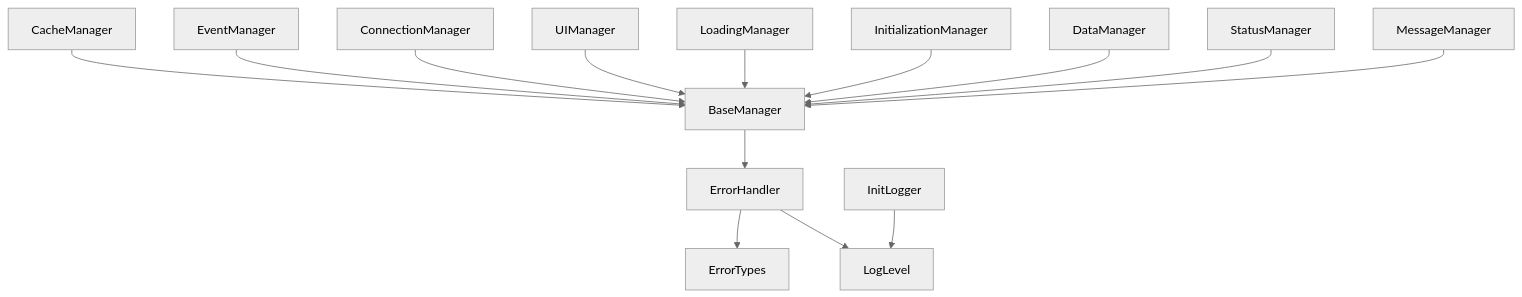
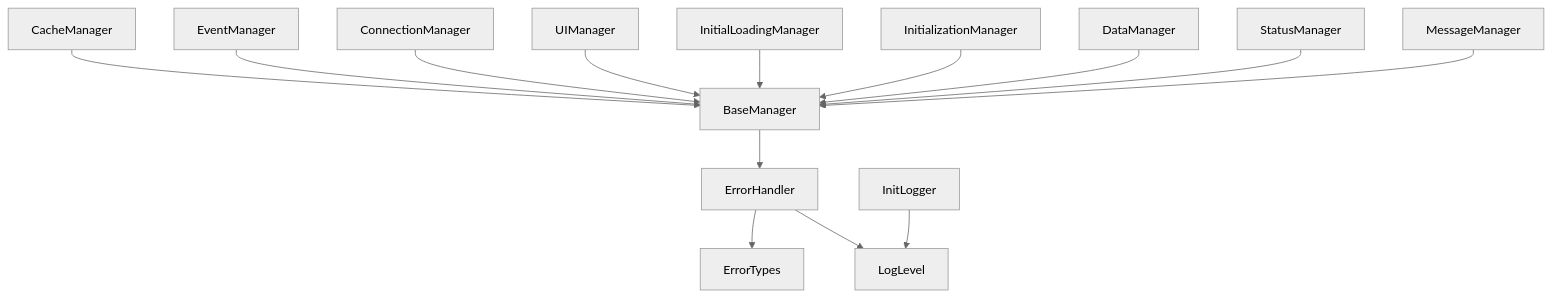
One commit to twilk/Kamila changed the first of 4 diagrams in docs/imports.md. Above: the diagram before and after it, drawn with Mermaid (neutral theme). The commit also changed other lines of this file and 52 other files, not shown here.

````diff
--- a/docs/imports.md
+++ b/docs/imports.md
@@ -55,16 +55,16 @@
 ```mermaid
 graph TD
     BaseManager --> ErrorHandler
     ErrorHandler --> ErrorTypes
     ErrorHandler --> LogLevel
     InitLogger --> LogLevel
     CacheManager --> BaseManager
     EventManager --> BaseManager
     ConnectionManager --> BaseManager
     UIManager --> BaseManager
-    LoadingManager --> BaseManager
+    InitialLoadingManager --> BaseManager
     InitializationManager --> BaseManager
     DataManager --> BaseManager
     StatusManager --> BaseManager
     MessageManager --> BaseManager
 ```
````
